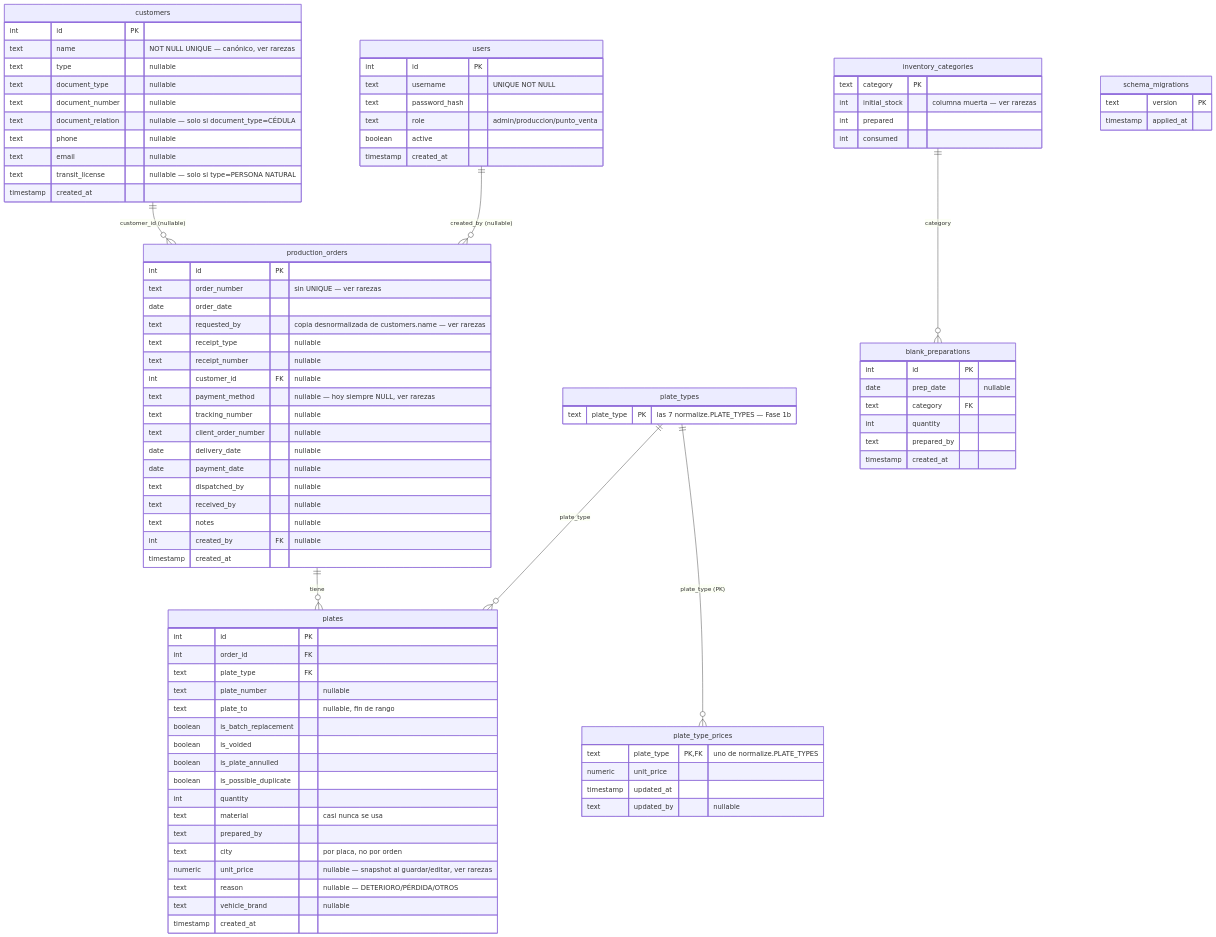
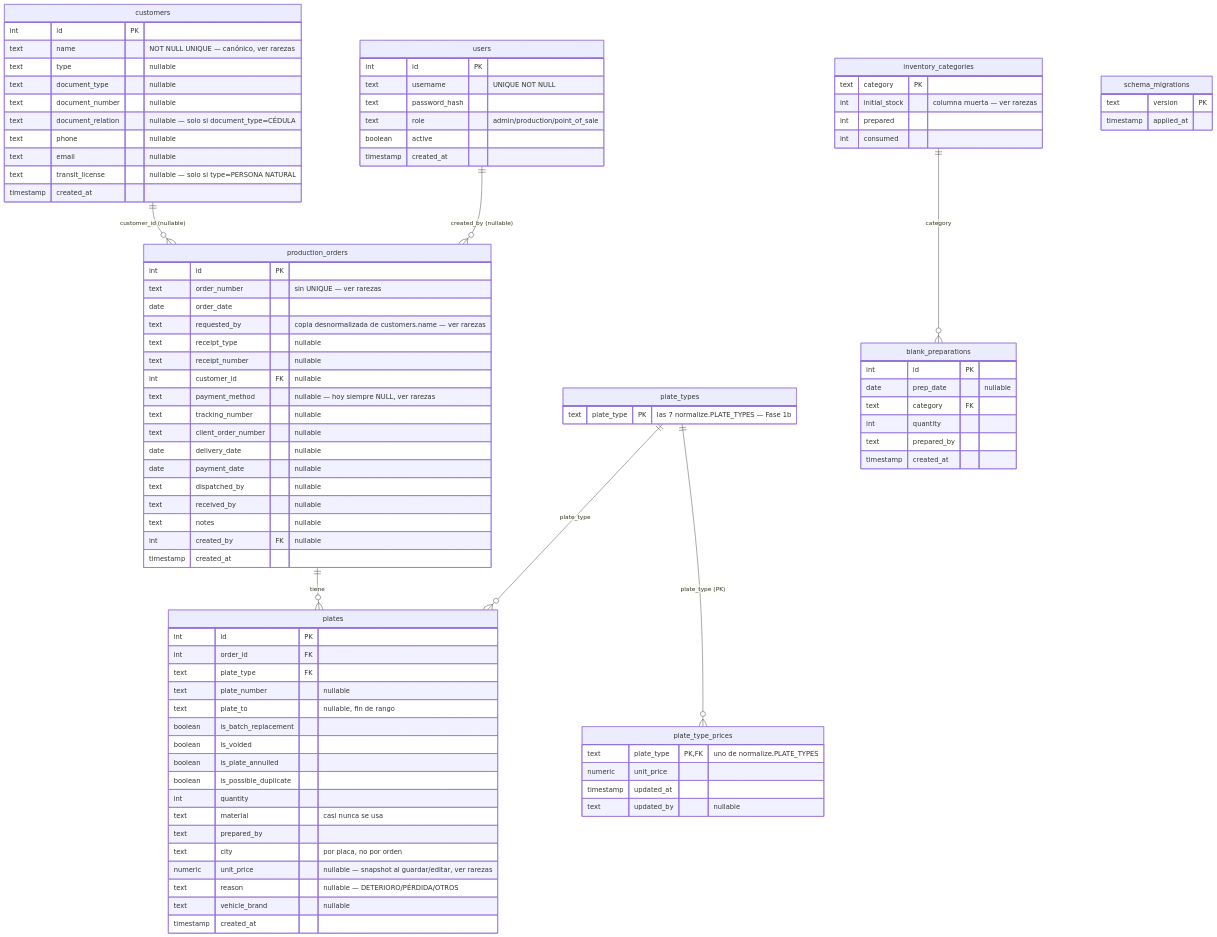
Before and after one commit to nickkmm/plates: the diagram in docs/DATABASE.md, drawn with Mermaid. The commit also changed other lines of this file and 18 other files, not shown here.

First line of the commit message:
Translate users.role values to English (production/point_of_sale)

```diff
--- a/docs/DATABASE.md
+++ b/docs/DATABASE.md
@@ -101,7 +105,7 @@
         int id PK
         text username "UNIQUE NOT NULL"
         text password_hash
-        text role "admin/produccion/punto_venta"
+        text role "admin/production/point_of_sale"
         boolean active
         timestamp created_at
     }
```
